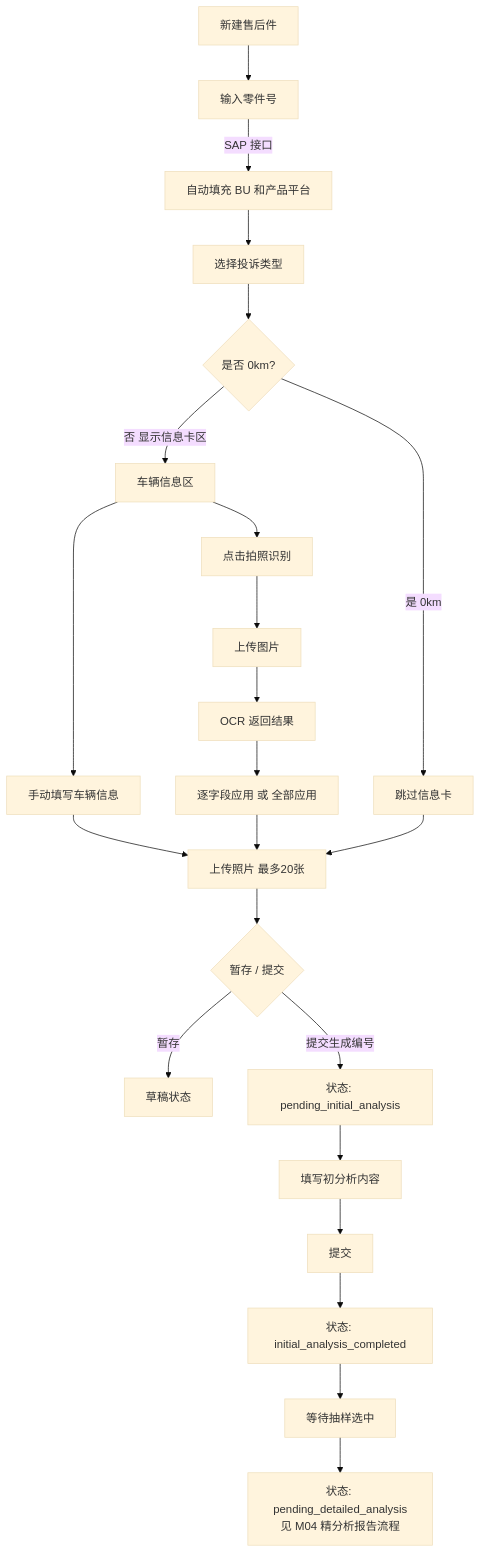
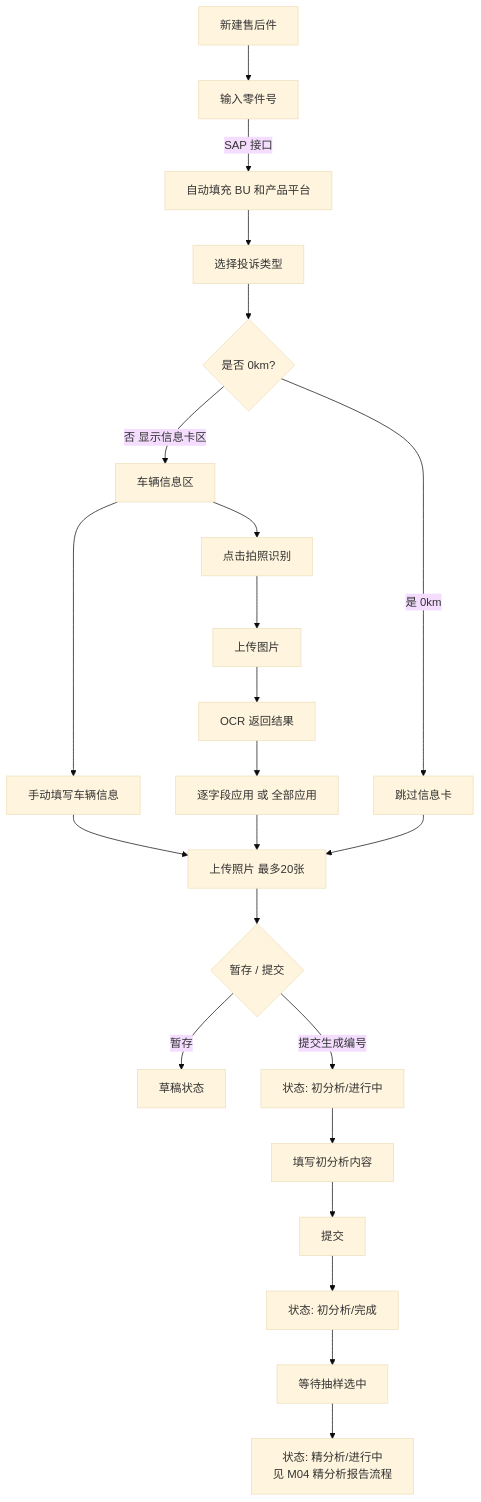
The sixth of 12 diagrams in 开发设计文档.md (xvfeiran/wfam-doc), drawn with Mermaid (base theme) before and after one commit. The commit also changed other lines of this file, not shown here.

````diff
--- a/开发设计文档.md
+++ b/开发设计文档.md
@@ -434,25 +426,25 @@
 ```mermaid
 flowchart TD
     Create[新建售后件] --> InputCode[输入零件号]
     InputCode -->|SAP 接口| AutoFill[自动填充 BU 和产品平台]
     AutoFill --> SelectComplaint[选择投诉类型]
     SelectComplaint --> Check{是否 0km?}
     Check -->|否 显示信息卡区| InfoCard[车辆信息区]
     Check -->|是 0km| Skip[跳过信息卡]
     InfoCard --> Manual[手动填写车辆信息]
     InfoCard --> OCR[点击拍照识别]
     OCR --> Upload[上传图片]
     Upload --> OCRResult[OCR 返回结果]
     OCRResult --> Apply[逐字段应用 或 全部应用]
     Manual --> Photos[上传照片 最多20张]
     Apply --> Photos
     Skip --> Photos
     Photos --> Submit{暂存 / 提交}
     Submit -->|暂存| Draft[草稿状态]
-    Submit -->|提交生成编号| Pending[状态: pending_initial_analysis]
+    Submit -->|提交生成编号| Pending[状态: 初分析/进行中]
     Pending --> InitialAnalysis[填写初分析内容]
     InitialAnalysis --> SubmitInitial[提交]
-    SubmitInitial --> Completed[状态: initial_analysis_completed]
+    SubmitInitial --> Completed[状态: 初分析/完成]
     Completed --> WaitSampling[等待抽样选中]
-    WaitSampling --> Detailed[状态: pending_detailed_analysis\n见 M04 精分析报告流程]
+    WaitSampling --> Detailed[状态: 精分析/进行中\n见 M04 精分析报告流程]
 ```
````
